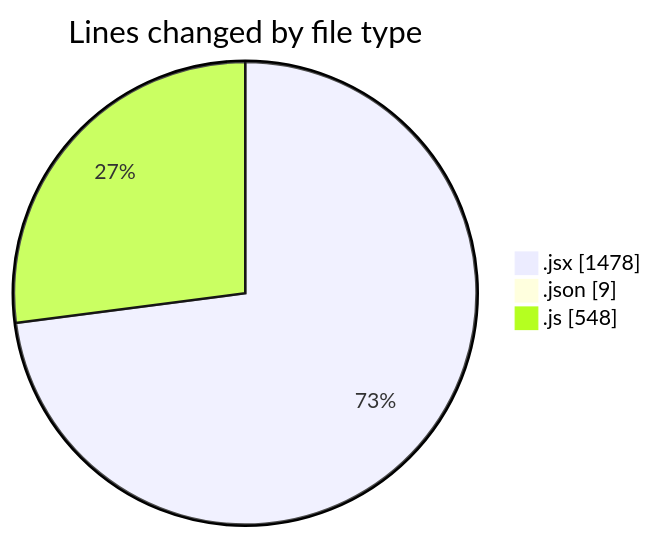
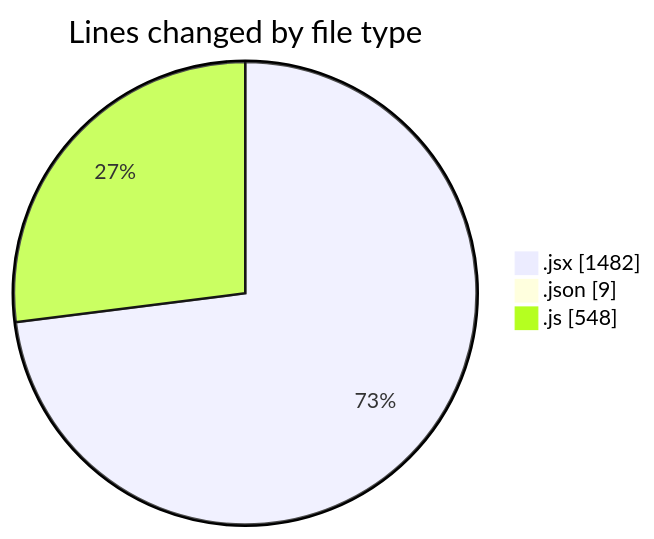
Before and after one commit to nxtqubesakshisongat/code-tracking: the first of 2 diagrams in 2025-07-31/nxtqube_webapp/README.md, drawn with Mermaid. The commit also changed other lines of this file and 1 other file, not shown here.

````diff
--- a/2025-07-31/nxtqube_webapp/README.md
+++ b/2025-07-31/nxtqube_webapp/README.md
@@ -29,7 +29,7 @@
 ```mermaid
 pie showData
 title Lines changed by file type
-".jsx" : 1478
+".jsx" : 1482
 ".json" : 9
 ".js" : 548
 ```
````
